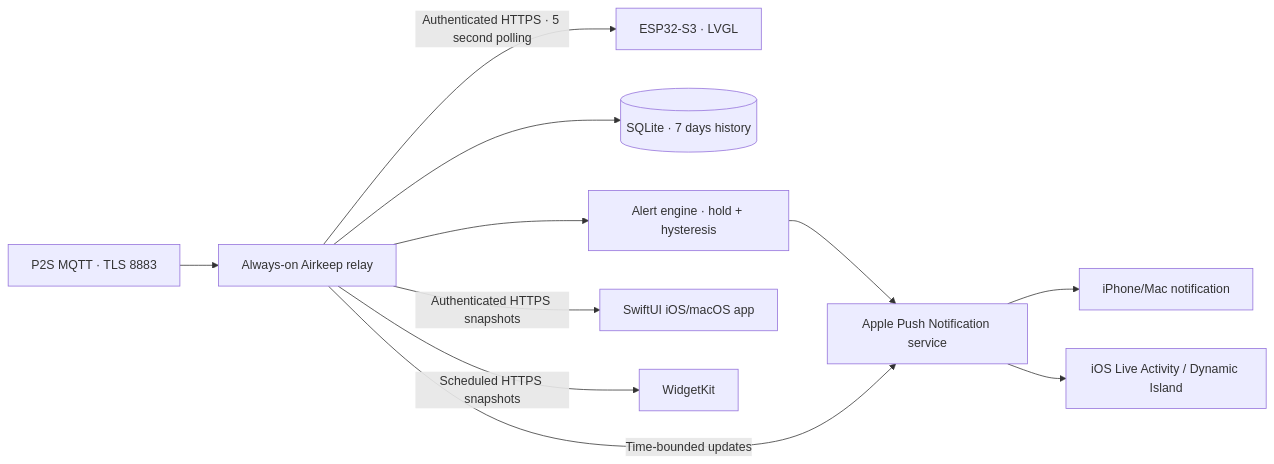
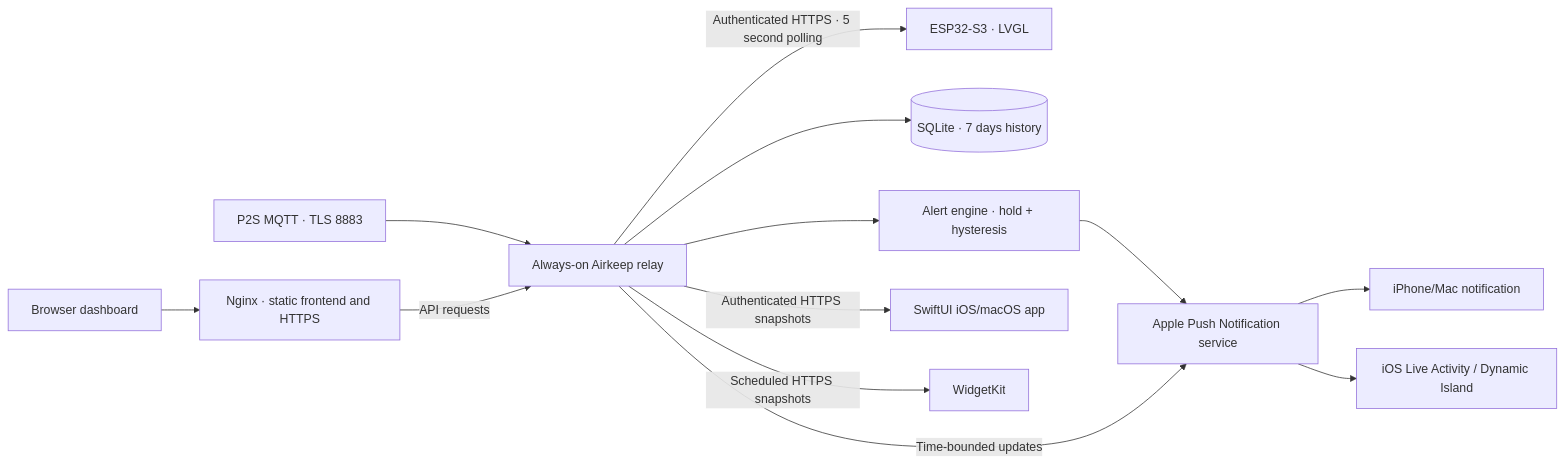
The diagram in docs/architecture.md (danohn/airkeep), drawn with Mermaid before and after one commit. The commit also changed other lines of this file and 23 other files, not shown here.

````diff
--- a/docs/architecture.md
+++ b/docs/architecture.md
@@ -3,13 +3,15 @@
 ```mermaid
 flowchart LR
     P[P2S MQTT · TLS 8883] --> R[Always-on Airkeep relay]
+    B[Browser dashboard] --> F[Nginx · static frontend and HTTPS]
+    F -->|API requests| R
     R -->|Authenticated HTTPS · 5 second polling| E[ESP32-S3 · LVGL]
     R --> D[(SQLite · 7 days history)]
     R --> A[Alert engine · hold + hysteresis]
     R -->|Authenticated HTTPS snapshots| M[SwiftUI iOS/macOS app]
     R -->|Scheduled HTTPS snapshots| W[WidgetKit]
     A --> N[Apple Push Notification service]
     R -->|Time-bounded updates| N
     N --> I[iPhone/Mac notification]
     N --> L[iOS Live Activity / Dynamic Island]
 ```
````
